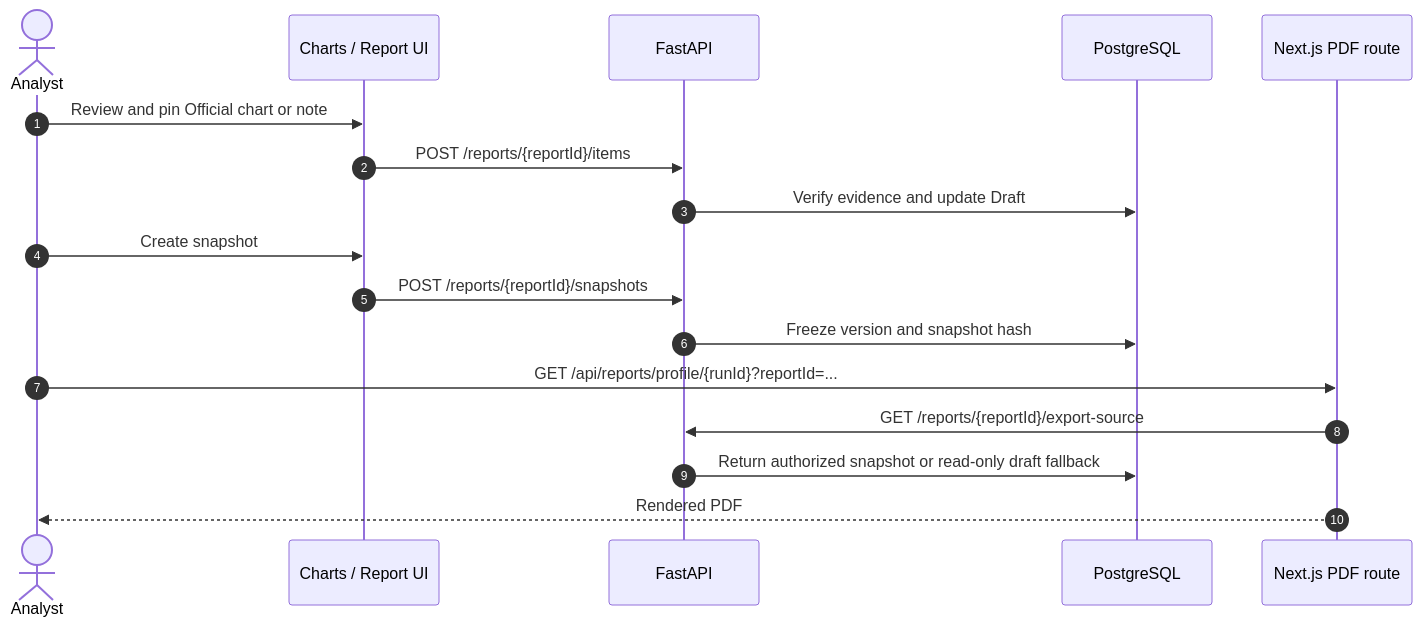
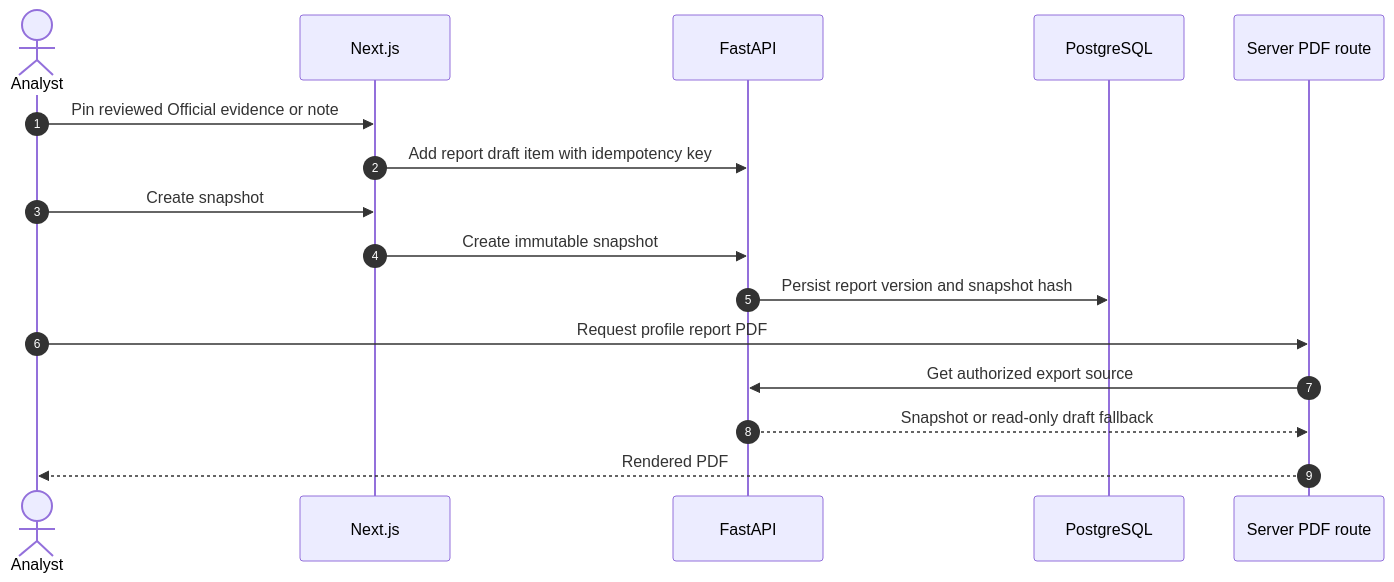
The fifth of 5 diagrams in ARCHITECTURE.md (mhiu05/VDaAgent), drawn with Mermaid before and after one commit. The commit also changed other lines of this file and 2 other files, not shown here.

Commit message:
docs(project): consolidate product and architecture reference

````diff
--- a/ARCHITECTURE.md
+++ b/ARCHITECTURE.md
@@ -405,20 +238,19 @@
-```mermaid
+~~~mermaid
 sequenceDiagram
-    autonumber
-    actor A as Analyst
-    participant UI as Charts / Report UI
-    participant API as FastAPI
-    participant DB as PostgreSQL
-    participant PDF as Next.js PDF route
+  autonumber
+  actor A as Analyst
+  participant UI as Next.js
+  participant API as FastAPI
+  participant DB as PostgreSQL
+  participant PDF as Server PDF route
 
-    A->>UI: Review and pin Official chart or note
-    UI->>API: POST /reports/{reportId}/items
-    API->>DB: Verify evidence and update Draft
-    A->>UI: Create snapshot
-    UI->>API: POST /reports/{reportId}/snapshots
-    API->>DB: Freeze version and snapshot hash
-    A->>PDF: GET /api/reports/profile/{runId}?reportId=...
-    PDF->>API: GET /reports/{reportId}/export-source
-    API->>DB: Return authorized snapshot or read-only draft fallback
-    PDF-->>A: Rendered PDF
-```
+  A->>UI: Pin reviewed Official evidence or note
+  UI->>API: Add report draft item with idempotency key
+  A->>UI: Create snapshot
+  UI->>API: Create immutable snapshot
+  API->>DB: Persist report version and snapshot hash
+  A->>PDF: Request profile report PDF
+  PDF->>API: Get authorized export source
+  API-->>PDF: Snapshot or read-only draft fallback
+  PDF-->>A: Rendered PDF
+~~~
````
